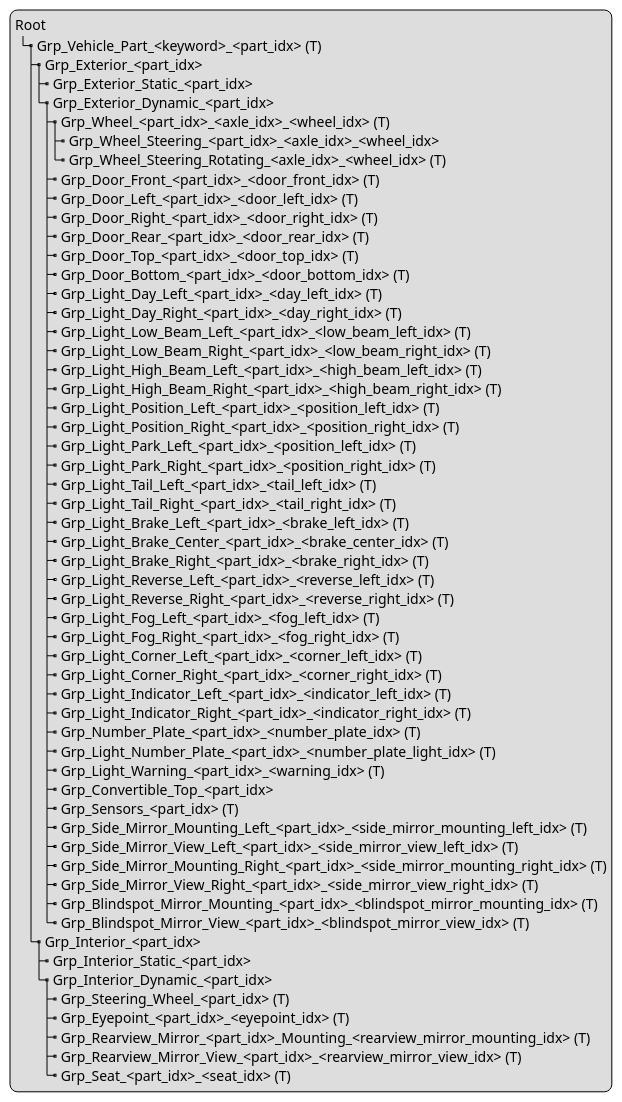
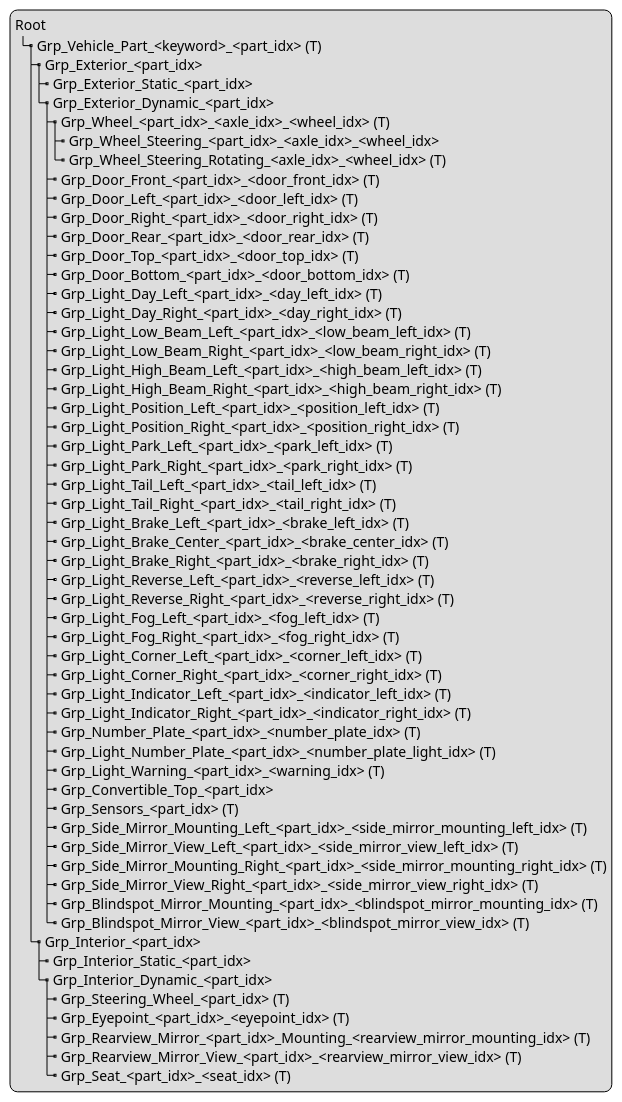
Before and after one commit to asam-ev/OpenMATERIAL: the diagram in content/geometry/object-vehicle/vehicle-structure-model-structure.adoc, drawn with PlantUML. The commit also changed other lines of this file, not shown here.

Commit message:
Add light coordinate systems

```diff
--- a/content/geometry/object-vehicle/vehicle-structure-model-structure.adoc
+++ b/content/geometry/object-vehicle/vehicle-structure-model-structure.adoc
@@ -5,61 +5,61 @@
 [plantuml]
 ----
 legend
 Root
 |_ Grp_Vehicle_Part_<keyword>_<part_idx> (T)
   |_ Grp_Exterior_<part_idx>
     |_ Grp_Exterior_Static_<part_idx>
     |_ Grp_Exterior_Dynamic_<part_idx>
       |_ Grp_Wheel_<part_idx>_<axle_idx>_<wheel_idx> (T)
         |_ Grp_Wheel_Steering_<part_idx>_<axle_idx>_<wheel_idx>
         |_ Grp_Wheel_Steering_Rotating_<axle_idx>_<wheel_idx> (T)
       |_ Grp_Door_Front_<part_idx>_<door_front_idx> (T)
       |_ Grp_Door_Left_<part_idx>_<door_left_idx> (T)
       |_ Grp_Door_Right_<part_idx>_<door_right_idx> (T)
       |_ Grp_Door_Rear_<part_idx>_<door_rear_idx> (T)
       |_ Grp_Door_Top_<part_idx>_<door_top_idx> (T)
       |_ Grp_Door_Bottom_<part_idx>_<door_bottom_idx> (T)
       |_ Grp_Light_Day_Left_<part_idx>_<day_left_idx> (T)
       |_ Grp_Light_Day_Right_<part_idx>_<day_right_idx> (T)
       |_ Grp_Light_Low_Beam_Left_<part_idx>_<low_beam_left_idx> (T)
       |_ Grp_Light_Low_Beam_Right_<part_idx>_<low_beam_right_idx> (T)
       |_ Grp_Light_High_Beam_Left_<part_idx>_<high_beam_left_idx> (T)
       |_ Grp_Light_High_Beam_Right_<part_idx>_<high_beam_right_idx> (T)
       |_ Grp_Light_Position_Left_<part_idx>_<position_left_idx> (T)
       |_ Grp_Light_Position_Right_<part_idx>_<position_right_idx> (T)
-      |_ Grp_Light_Park_Left_<part_idx>_<position_left_idx> (T)
-      |_ Grp_Light_Park_Right_<part_idx>_<position_right_idx> (T)
+      |_ Grp_Light_Park_Left_<part_idx>_<park_left_idx> (T)
+      |_ Grp_Light_Park_Right_<part_idx>_<park_right_idx> (T)
       |_ Grp_Light_Tail_Left_<part_idx>_<tail_left_idx> (T)
       |_ Grp_Light_Tail_Right_<part_idx>_<tail_right_idx> (T)
       |_ Grp_Light_Brake_Left_<part_idx>_<brake_left_idx> (T)
       |_ Grp_Light_Brake_Center_<part_idx>_<brake_center_idx> (T)
       |_ Grp_Light_Brake_Right_<part_idx>_<brake_right_idx> (T)
       |_ Grp_Light_Reverse_Left_<part_idx>_<reverse_left_idx> (T)
       |_ Grp_Light_Reverse_Right_<part_idx>_<reverse_right_idx> (T)
       |_ Grp_Light_Fog_Left_<part_idx>_<fog_left_idx> (T)
       |_ Grp_Light_Fog_Right_<part_idx>_<fog_right_idx> (T)
       |_ Grp_Light_Corner_Left_<part_idx>_<corner_left_idx> (T)
       |_ Grp_Light_Corner_Right_<part_idx>_<corner_right_idx> (T)
       |_ Grp_Light_Indicator_Left_<part_idx>_<indicator_left_idx> (T)
       |_ Grp_Light_Indicator_Right_<part_idx>_<indicator_right_idx> (T)
       |_ Grp_Number_Plate_<part_idx>_<number_plate_idx> (T)
       |_ Grp_Light_Number_Plate_<part_idx>_<number_plate_light_idx> (T)
       |_ Grp_Light_Warning_<part_idx>_<warning_idx> (T)
       |_ Grp_Convertible_Top_<part_idx>
       |_ Grp_Sensors_<part_idx> (T)
       |_ Grp_Side_Mirror_Mounting_Left_<part_idx>_<side_mirror_mounting_left_idx> (T)
       |_ Grp_Side_Mirror_View_Left_<part_idx>_<side_mirror_view_left_idx> (T)
       |_ Grp_Side_Mirror_Mounting_Right_<part_idx>_<side_mirror_mounting_right_idx> (T)
       |_ Grp_Side_Mirror_View_Right_<part_idx>_<side_mirror_view_right_idx> (T)
       |_ Grp_Blindspot_Mirror_Mounting_<part_idx>_<blindspot_mirror_mounting_idx> (T)
       |_ Grp_Blindspot_Mirror_View_<part_idx>_<blindspot_mirror_view_idx> (T)
   |_ Grp_Interior_<part_idx>
     |_ Grp_Interior_Static_<part_idx>
     |_ Grp_Interior_Dynamic_<part_idx>
       |_ Grp_Steering_Wheel_<part_idx> (T)
       |_ Grp_Eyepoint_<part_idx>_<eyepoint_idx> (T)
       |_ Grp_Rearview_Mirror_<part_idx>_Mounting_<rearview_mirror_mounting_idx> (T)
       |_ Grp_Rearview_Mirror_View_<part_idx>_<rearview_mirror_view_idx> (T)
       |_ Grp_Seat_<part_idx>_<seat_idx> (T)
 end legend
 ----
```
